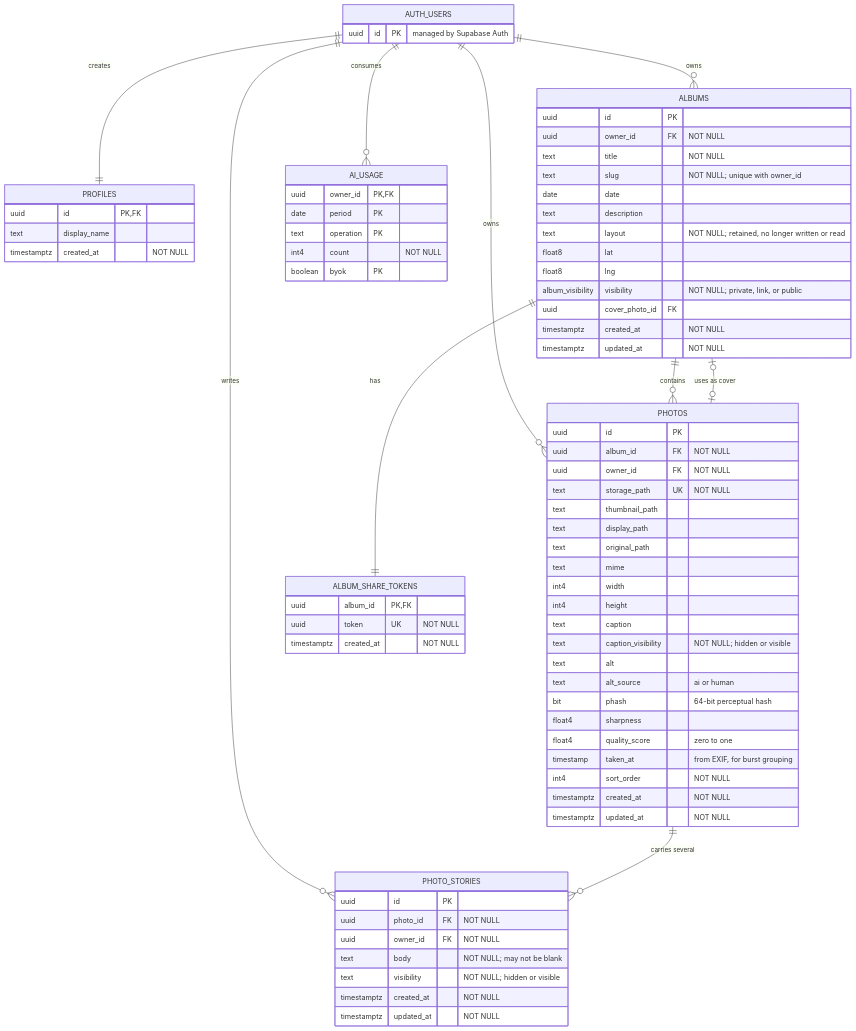
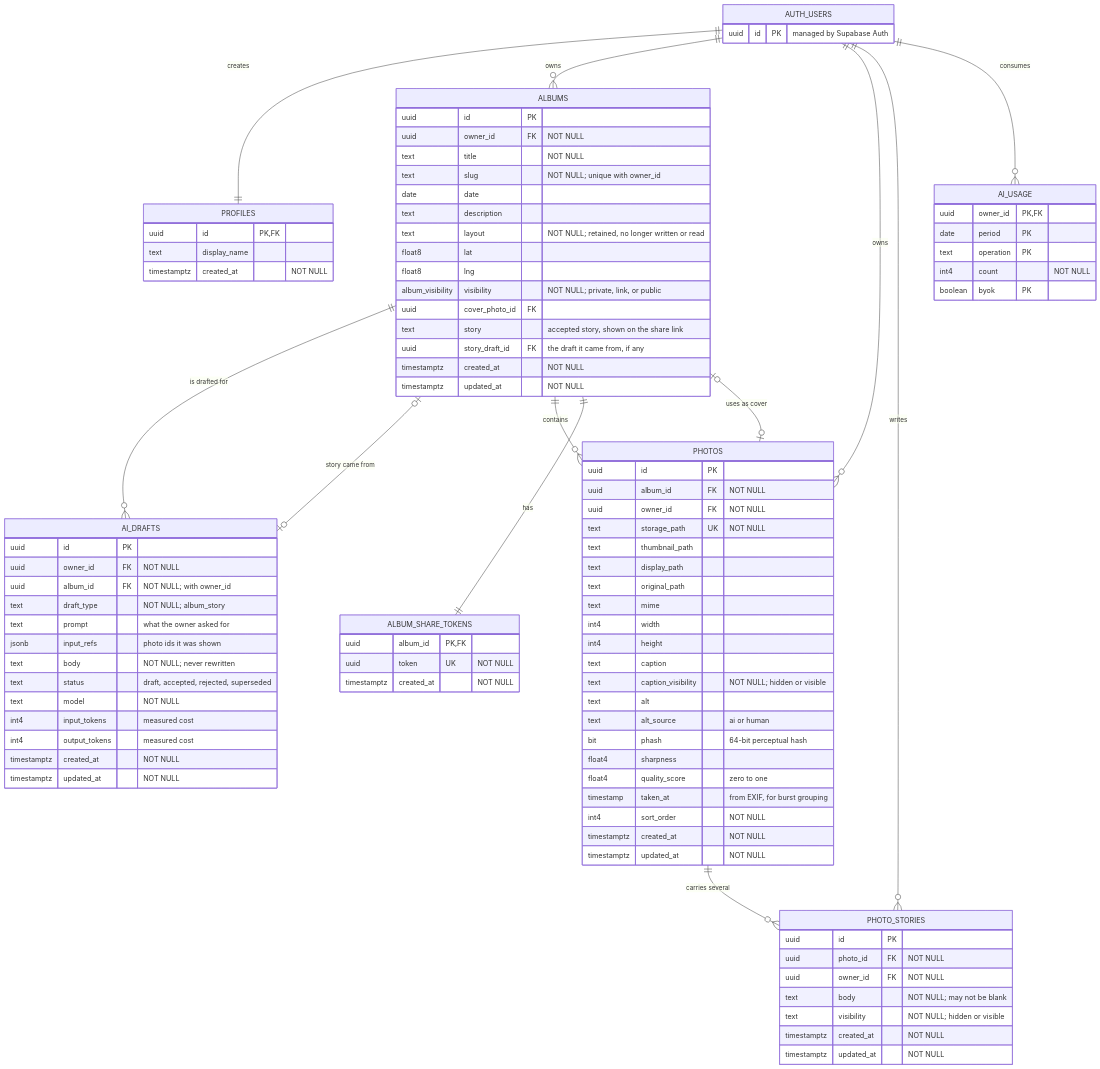
Before and after one commit to Elizabeth1979/albums-studio: the second of 3 diagrams in docs/project-structure.md, drawn with Mermaid. The commit also changed other lines of this file and 9 other files, not shown here.

First line of the commit message:
Draft an album's story with AI, edit it, and use it

```diff
--- a/docs/project-structure.md
+++ b/docs/project-structure.md
@@ -134,6 +142,8 @@
     AUTH_USERS ||--o{ PHOTOS : owns
     AUTH_USERS ||--o{ PHOTO_STORIES : writes
     AUTH_USERS ||--o{ AI_USAGE : consumes
+    ALBUMS ||--o{ AI_DRAFTS : "is drafted for"
+    ALBUMS o|--o| AI_DRAFTS : "story came from"
     ALBUMS ||--o{ PHOTOS : contains
     ALBUMS ||--|| ALBUM_SHARE_TOKENS : has
     ALBUMS o|--o| PHOTOS : "uses as cover"
@@ -161,6 +171,8 @@
         float8 lng
         album_visibility visibility "NOT NULL; private, link, or public"
         uuid cover_photo_id FK
+        text story "accepted story, shown on the share link"
+        uuid story_draft_id FK "the draft it came from, if any"
         timestamptz created_at "NOT NULL"
         timestamptz updated_at "NOT NULL"
     }
@@ -207,6 +219,22 @@
         boolean byok PK
     }
 
+    AI_DRAFTS {
+        uuid id PK
+        uuid owner_id FK "NOT NULL"
+        uuid album_id FK "NOT NULL; with owner_id"
+        text draft_type "NOT NULL; album_story"
+        text prompt "what the owner asked for"
+        jsonb input_refs "photo ids it was shown"
+        text body "NOT NULL; never rewritten"
+        text status "draft, accepted, rejected, superseded"
+        text model "NOT NULL"
+        int4 input_tokens "measured cost"
+        int4 output_tokens "measured cost"
+        timestamptz created_at "NOT NULL"
+        timestamptz updated_at "NOT NULL"
+    }
+
     ALBUM_SHARE_TOKENS {
         uuid album_id PK, FK
         uuid token UK "NOT NULL"
```
